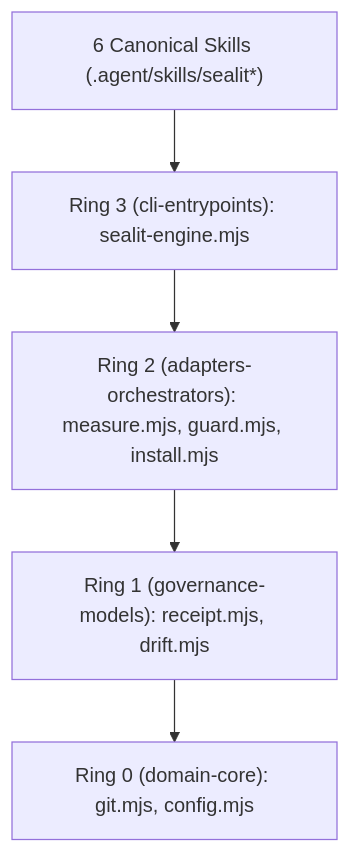
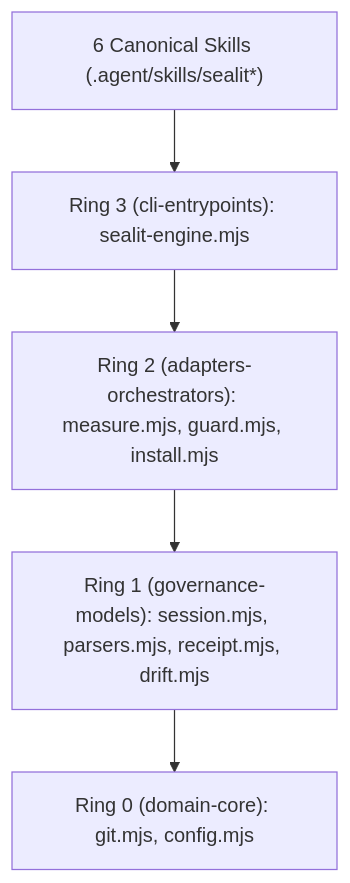
Before and after one commit to fmatar/sealit: the diagram in docs/SRS.md, drawn with Mermaid. The commit also changed other lines of this file and 51 other files, not shown here.

````diff
--- a/docs/SRS.md
+++ b/docs/SRS.md
@@ -29,7 +29,7 @@
 ```mermaid
 flowchart TD
     Skills["6 Canonical Skills (.agent/skills/sealit*)"] --> CLI["Ring 3 (cli-entrypoints): sealit-engine.mjs"]
     CLI --> Adapters["Ring 2 (adapters-orchestrators): measure.mjs, guard.mjs, install.mjs"]
-    Adapters --> Governance["Ring 1 (governance-models): receipt.mjs, drift.mjs"]
+    Adapters --> Governance["Ring 1 (governance-models): session.mjs, parsers.mjs, receipt.mjs, drift.mjs"]
     Governance --> Core["Ring 0 (domain-core): git.mjs, config.mjs"]
 ```
````
